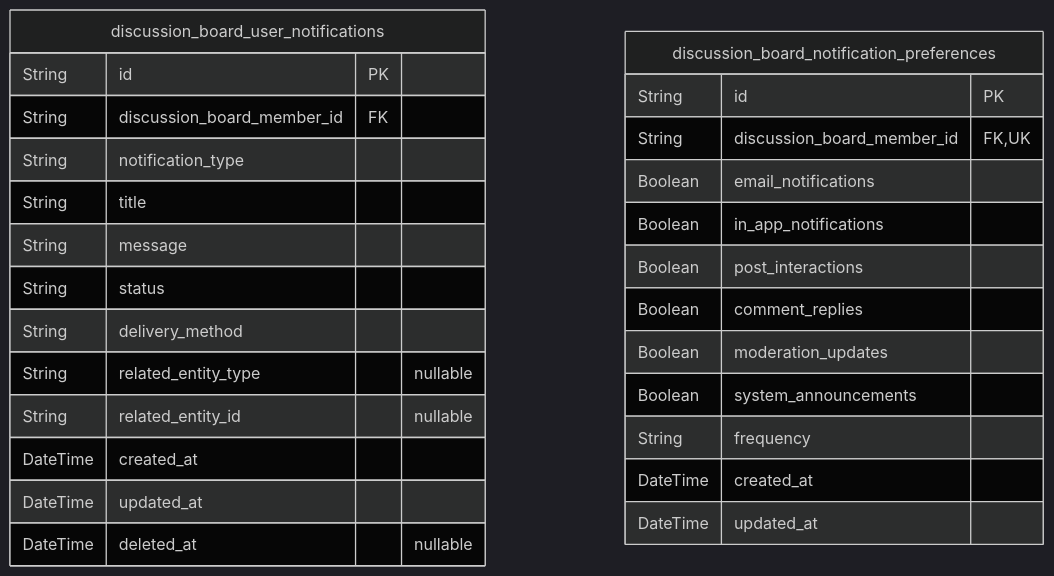
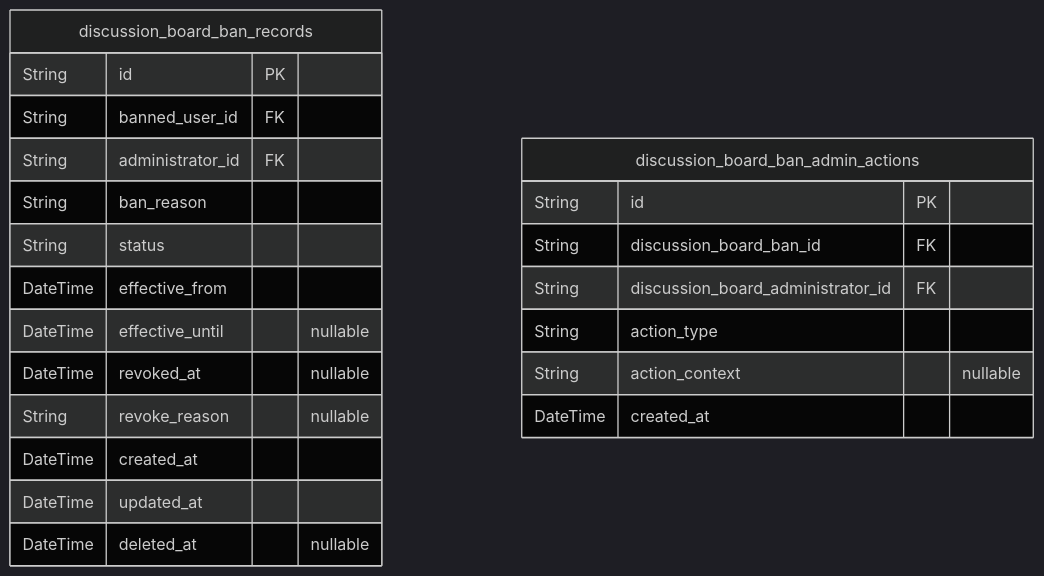
Before and after one commit to wrtnlabs/autobe-examples: the eighth of 8 diagrams in deepseek/deepseek-v3.1-terminus-exacto/bbs/docs/ERD.md, drawn with Mermaid (dark theme). The commit also changed other lines of this file and 9391 other files, not shown here.

````diff
--- a/deepseek/deepseek-v3.1-terminus-exacto/bbs/docs/ERD.md
+++ b/deepseek/deepseek-v3.1-terminus-exacto/bbs/docs/ERD.md
@@ -988,30 +2382,25 @@
 ```mermaid
 erDiagram
-"discussion_board_user_notifications" {
+"discussion_board_ban_records" {
   String id PK
-  String discussion_board_member_id FK
-  String notification_type
-  String title
-  String message
+  String banned_user_id FK
+  String administrator_id FK
+  String ban_reason
   String status
-  String delivery_method
-  String related_entity_type "nullable"
-  String related_entity_id "nullable"
+  DateTime effective_from
+  DateTime effective_until "nullable"
+  DateTime revoked_at "nullable"
+  String revoke_reason "nullable"
   DateTime created_at
   DateTime updated_at
   DateTime deleted_at "nullable"
 }
-"discussion_board_notification_preferences" {
+"discussion_board_ban_admin_actions" {
   String id PK
-  String discussion_board_member_id FK,UK
-  Boolean email_notifications
-  Boolean in_app_notifications
-  Boolean post_interactions
-  Boolean comment_replies
-  Boolean moderation_updates
-  Boolean system_announcements
-  String frequency
+  String discussion_board_ban_id FK
+  String discussion_board_administrator_id FK
+  String action_type
+  String action_context "nullable"
   DateTime created_at
-  DateTime updated_at
 }
 ```
````
